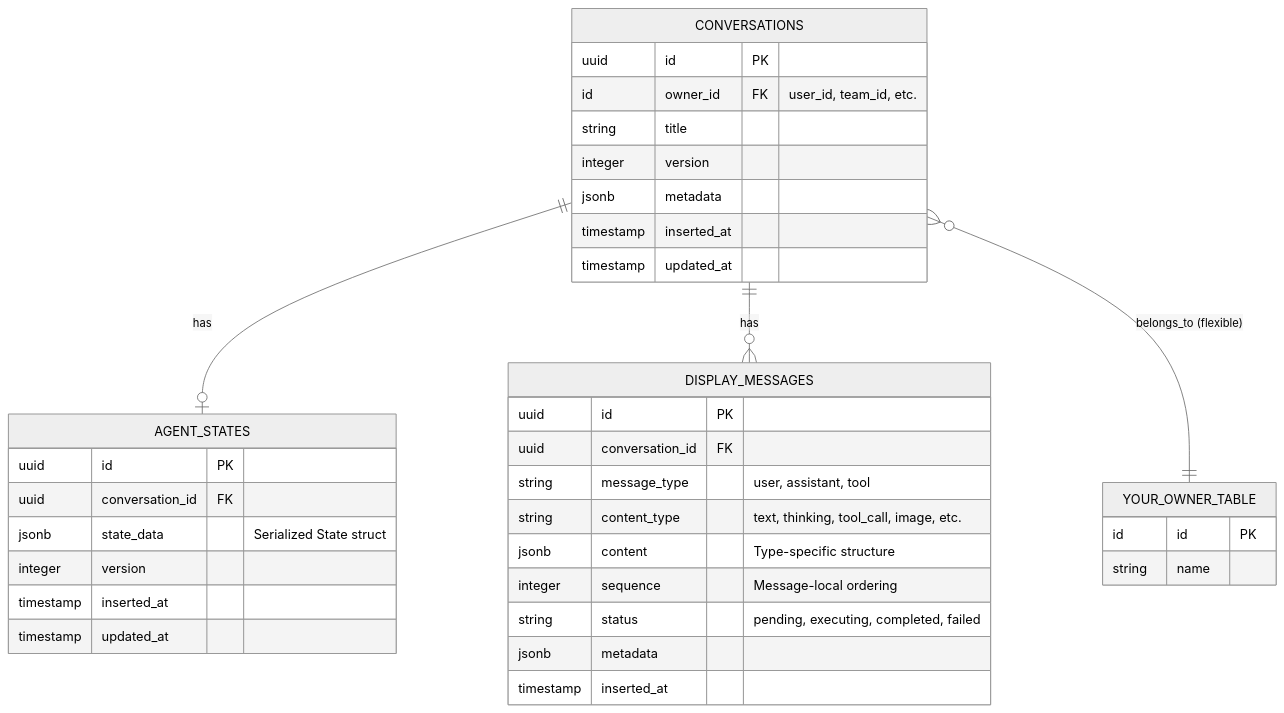
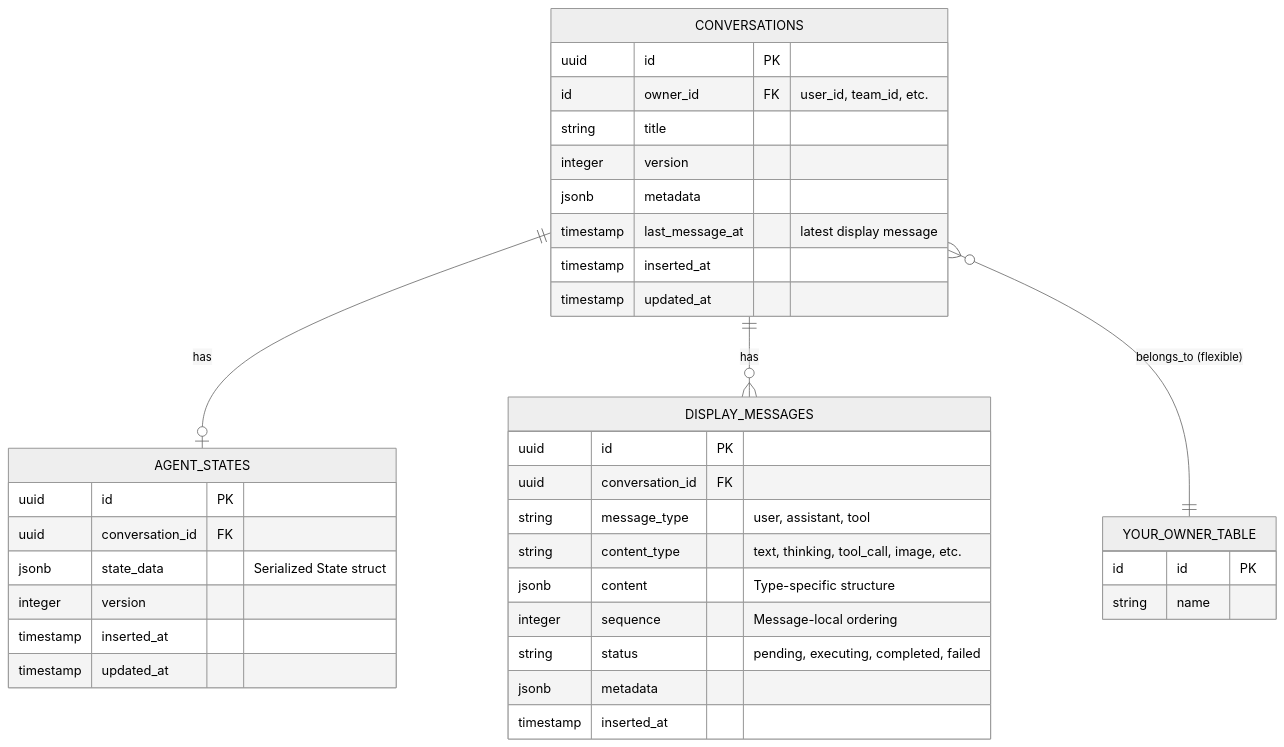
The second of 2 diagrams in docs/conversations_architecture.md (sagents-ai/sagents), drawn with Mermaid (neutral theme) before and after one commit. The commit also changed other lines of this file and 8 other files, not shown here.

First line of the commit message:
Sort generated conversations by latest message with last_message_at (#240)

````diff
--- a/docs/conversations_architecture.md
+++ b/docs/conversations_architecture.md
@@ -168,42 +168,43 @@
 ```mermaid
 erDiagram
     CONVERSATIONS ||--o| AGENT_STATES : has
     CONVERSATIONS ||--o{ DISPLAY_MESSAGES : has
     CONVERSATIONS }o--|| YOUR_OWNER_TABLE : "belongs_to (flexible)"
 
     CONVERSATIONS {
         uuid id PK
         id owner_id FK "user_id, team_id, etc."
         string title
         integer version
         jsonb metadata
+        timestamp last_message_at "latest display message"
         timestamp inserted_at
         timestamp updated_at
     }
 
     AGENT_STATES {
         uuid id PK
         uuid conversation_id FK
         jsonb state_data "Serialized State struct"
         integer version
         timestamp inserted_at
         timestamp updated_at
     }
 
     DISPLAY_MESSAGES {
         uuid id PK
         uuid conversation_id FK
         string message_type "user, assistant, tool"
         string content_type "text, thinking, tool_call, image, etc."
         jsonb content "Type-specific structure"
         integer sequence "Message-local ordering"
         string status "pending, executing, completed, failed"
         jsonb metadata
         timestamp inserted_at
     }
 
     YOUR_OWNER_TABLE {
         id id PK
         string name
     }
 ```
````
